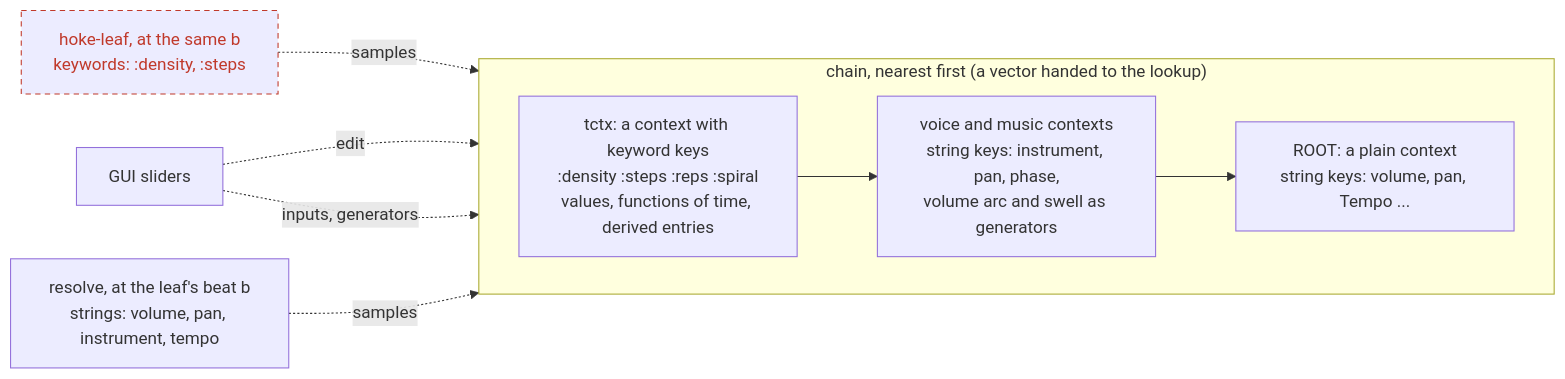
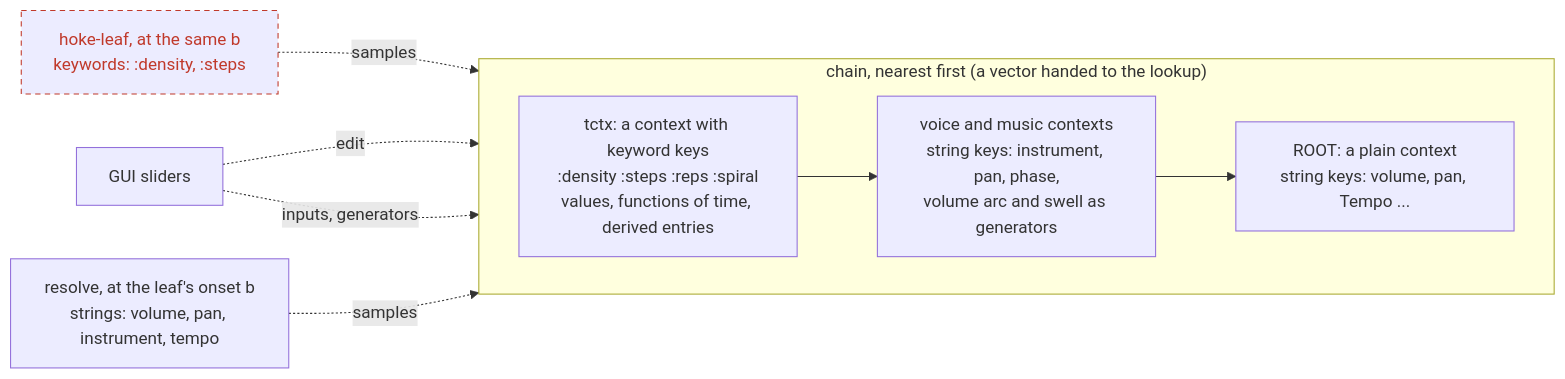
The third of 4 diagrams in doc/md/hoketus-dynamic.md (gebdevalk/musics), drawn with Mermaid before and after one commit. The commit also changed other lines of this file and 29 other files, not shown here.

Commit message:
beat is onset: the position a voice that is a function of onset is asked at ($onset, :onset in events, voices and the lookup); beat stays for the meter's beats

````diff
--- a/doc/md/hoketus-dynamic.md
+++ b/doc/md/hoketus-dynamic.md
@@ -63,15 +63,15 @@
 ```mermaid
 flowchart LR
   subgraph chain["chain, nearest first (a vector handed to the lookup)"]
     direction LR
     tctx["tctx: a context with keyword keys<br/>:density :steps :reps :spiral<br/>values, functions of time, derived entries"] --> voice["voice and music contexts<br/>string keys: instrument, pan, phase,<br/>volume arc and swell as generators"]
     voice --> root["ROOT: a plain context<br/>string keys: volume, pan, Tempo ..."]
   end
-  resolve["resolve, at the leaf's beat b<br/>strings: volume, pan, instrument, tempo"] -. samples .-> chain
+  resolve["resolve, at the leaf's onset b<br/>strings: volume, pan, instrument, tempo"] -. samples .-> chain
   produce["hoke-leaf, at the same b<br/>keywords: :density, :steps"] -. samples .-> tctx
   gui["GUI sliders"] -. edit .-> tctx
   gui -. inputs, generators .-> voice
 
   classDef planned stroke-dasharray: 5 4,stroke:#c0392b,color:#c0392b
   class produce planned
 ```
````
